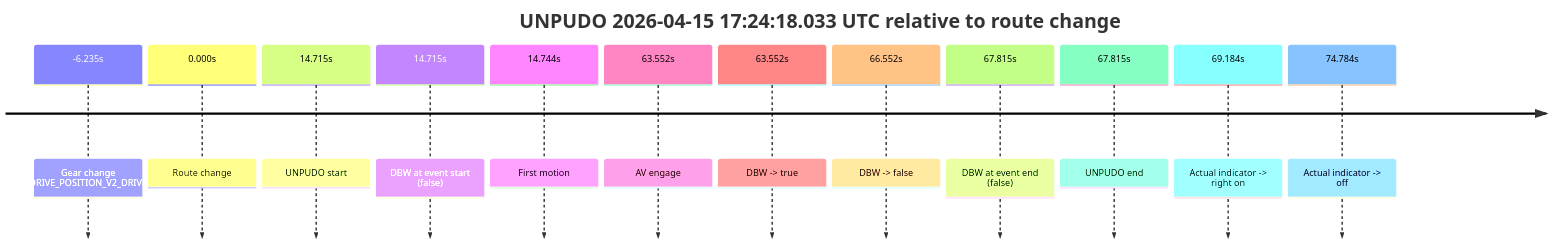
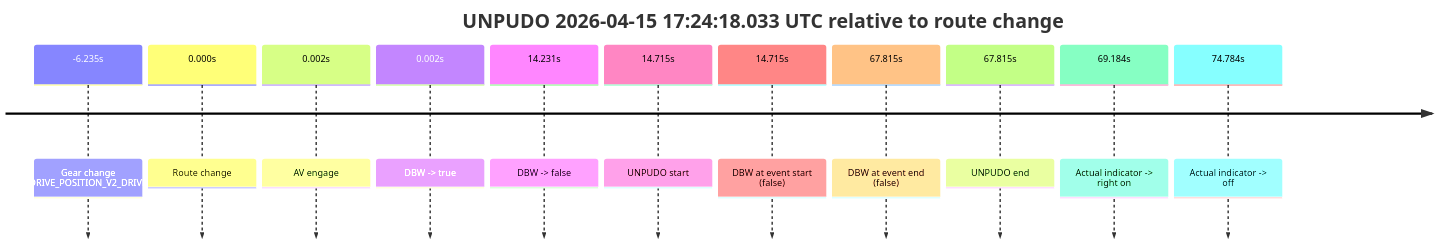
Before and after one commit to yoelshapiro/vault: the fourth of 5 diagrams in model_analysis/report_cards/2026/04/Week-3/fme10003--2026-04-15--16-39-04--gen2-av-dc4a83c8-b9f1-4631-9221-86607051fb18.md, drawn with Mermaid. The commit also changed other lines of this file and 41 other files, not shown here.

````diff
--- a/model_analysis/report_cards/2026/04/Week-3/fme10003--2026-04-15--16-39-04--gen2-av-dc4a83c8-b9f1-4631-9221-86607051fb18.md
+++ b/model_analysis/report_cards/2026/04/Week-3/fme10003--2026-04-15--16-39-04--gen2-av-dc4a83c8-b9f1-4631-9221-86607051fb18.md
@@ -134,16 +321,15 @@
 ```mermaid
 timeline
     title UNPUDO 2026-04-15 17:24:18.033 UTC relative to route change
     -6.235s : Gear change (DRIVE_POSITION_V2_DRIVE)
     0.000s : Route change
+    0.002s : AV engage
+    0.002s : DBW -> true
+    14.231s : DBW -> false
     14.715s : UNPUDO start
     14.715s : DBW at event start (false)
-    14.744s : First motion
-    63.552s : AV engage
-    63.552s : DBW -> true
-    66.552s : DBW -> false
     67.815s : DBW at event end (false)
     67.815s : UNPUDO end
     69.184s : Actual indicator -> right on
     74.784s : Actual indicator -> off
 ```
````
